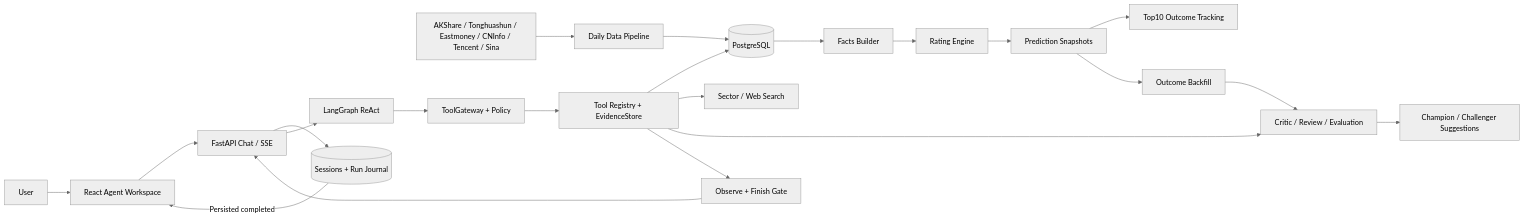
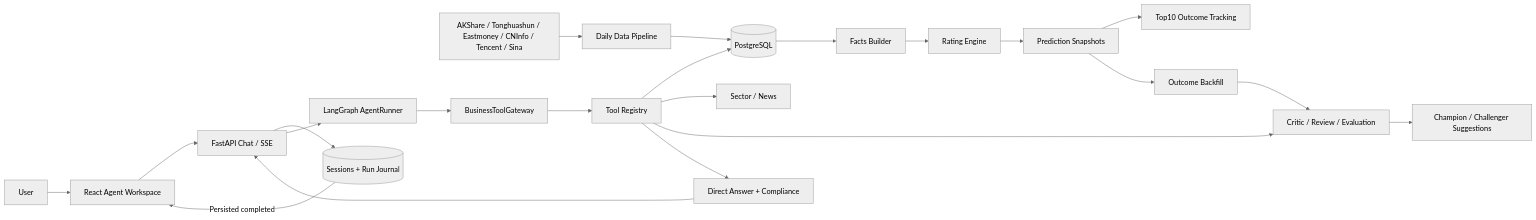
One commit to bibofu/LimitUpLab changed the first of 2 diagrams in README.md. Above: the diagram before and after it, drawn with Mermaid (neutral theme). The commit also changed other lines of this file and 37 other files, not shown here.

First line of the commit message:
docs(ui): remove answer-quality workspace and update architecture docs

````diff
--- a/README.md
+++ b/README.md
@@ -143,27 +139,27 @@
 ```mermaid
 flowchart LR
     A[AKShare / Tonghuashun / Eastmoney / CNInfo / Tencent / Sina] --> B[Daily Data Pipeline]
     B --> C[(PostgreSQL)]
 
     C --> D[Facts Builder]
     D --> E[Rating Engine]
     E --> G[Prediction Snapshots]
     G --> H[Top10 Outcome Tracking]
 
     U[User] --> I[React Agent Workspace]
     I --> J[FastAPI Chat / SSE]
     J --> S[(Sessions + Run Journal)]
-    J --> K[LangGraph ReAct]
-    K --> L[ToolGateway + Policy]
-    L --> M[Tool Registry + EvidenceStore]
+    J --> K[LangGraph AgentRunner]
+    K --> L[BusinessToolGateway]
+    L --> M[Tool Registry]
     M --> C
-    M --> N[Sector / Web Search]
+    M --> N[Sector / News]
     M --> O[Critic / Review / Evaluation]
-    M --> P[Observe + Finish Gate]
+    M --> P[Direct Answer + Compliance]
     P --> J
     S -->|Persisted completed| I
 
     G --> Q[Outcome Backfill]
     Q --> O
     O --> R[Champion / Challenger Suggestions]
 ```
````
